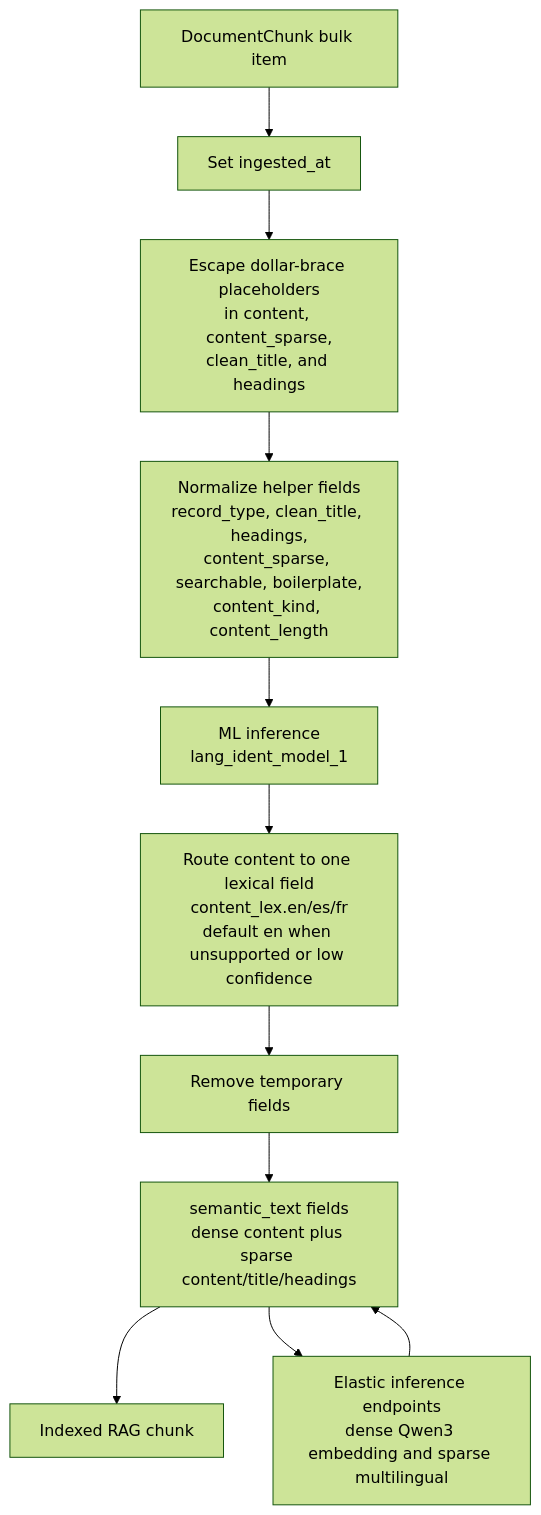
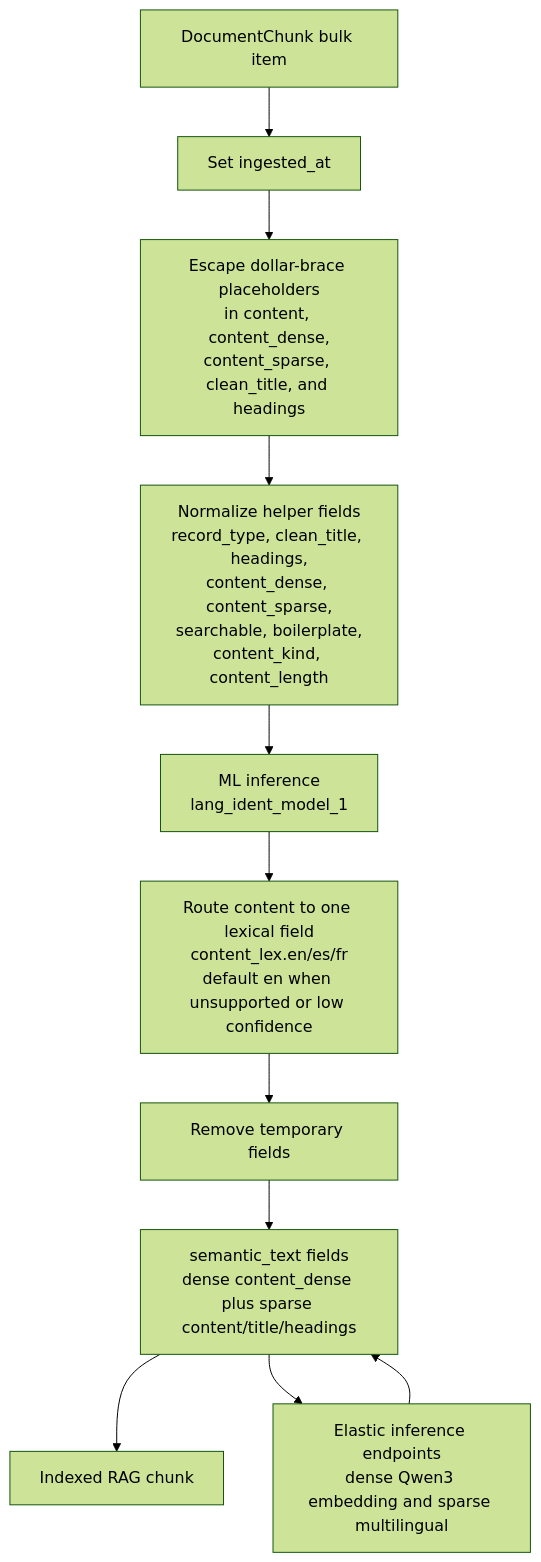
Before and after one commit to alrolo3/ingest-server-orquestator: the second of 3 diagrams in docs/ingest-server-pipeline-workflow.md, drawn with Mermaid (forest theme). The commit also changed other lines of this file and 16 other files, not shown here.

````diff
--- a/docs/ingest-server-pipeline-workflow.md
+++ b/docs/ingest-server-pipeline-workflow.md
@@ -252,16 +255,16 @@
 ```mermaid
 flowchart TD
     chunk[DocumentChunk bulk item]
     ts[Set ingested_at]
-    escape[Escape dollar-brace placeholders<br/>in content, content_sparse,<br/>clean_title, and headings]
-    normalize[Normalize helper fields<br/>record_type, clean_title, headings,<br/>content_sparse, searchable, boilerplate,<br/>content_kind, content_length]
+    escape[Escape dollar-brace placeholders<br/>in content, content_dense,<br/>content_sparse, clean_title, and headings]
+    normalize[Normalize helper fields<br/>record_type, clean_title, headings,<br/>content_dense, content_sparse,<br/>searchable, boilerplate,<br/>content_kind, content_length]
     lang[ML inference<br/>lang_ident_model_1]
     route[Route content to one lexical field<br/>content_lex.en/es/fr<br/>default en when unsupported or low confidence]
     remove[Remove temporary fields]
-    semantic[semantic_text fields<br/>dense content plus sparse content/title/headings]
+    semantic[semantic_text fields<br/>dense content_dense plus sparse content/title/headings]
     endpoint[Elastic inference endpoints<br/>dense Qwen3 embedding and sparse multilingual]
     indexed[Indexed RAG chunk]
 
     chunk --> ts --> escape --> normalize --> lang --> route --> remove --> semantic --> indexed
     semantic --> endpoint --> semantic
 ```
````
